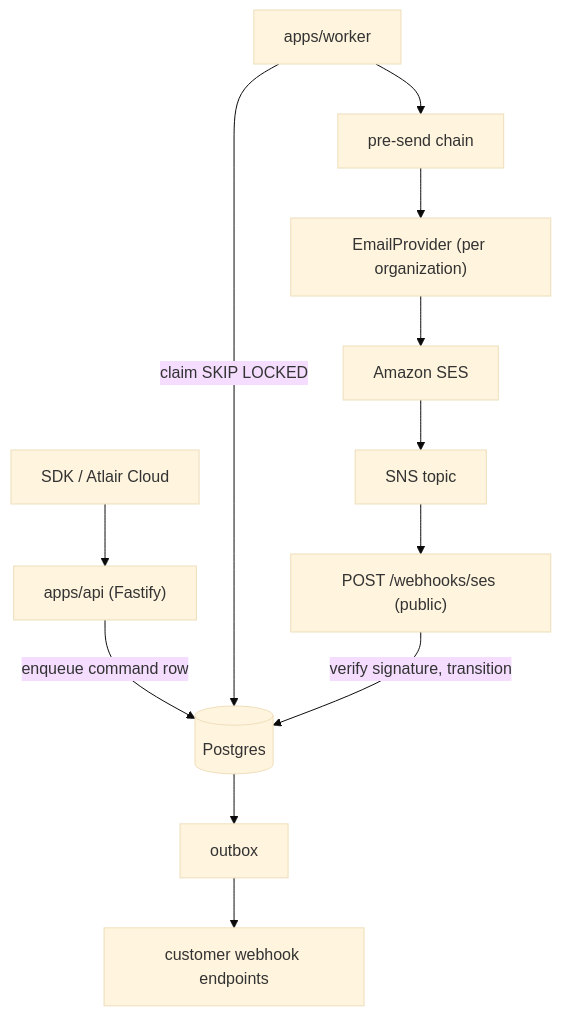
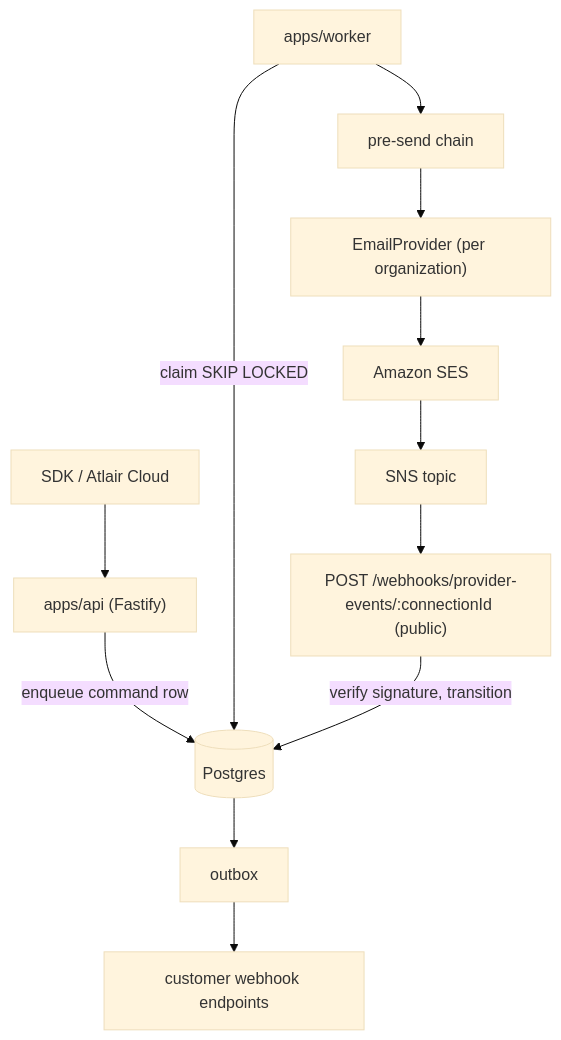
The first of 2 diagrams in docs/architecture.md (atlair-cloud/atlair-mail), drawn with Mermaid (base theme) before and after one commit. The commit also changed other lines of this file and 5 other files, not shown here.

Commit message:
docs: provider events setup, security, IAM and PUBLIC_URL (ATL-85)

````diff
--- a/docs/architecture.md
+++ b/docs/architecture.md
@@ -12,11 +12,11 @@
 ```mermaid
 flowchart TB
     SDK["SDK / Atlair Cloud"] --> Api["apps/api (Fastify)"]
     Api -->|enqueue command row| Pg[("Postgres")]
     Worker["apps/worker"] -->|claim SKIP LOCKED| Pg
     Worker --> Chain["pre-send chain"] --> Prov["EmailProvider (per organization)"] --> Ses["Amazon SES"]
     Ses --> Sns["SNS topic"]
-    Sns --> Hook["POST /webhooks/ses (public)"]
+    Sns --> Hook["POST /webhooks/provider-events/:connectionId (public)"]
     Hook -->|verify signature, transition| Pg
     Pg --> Out["outbox"] --> Cust["customer webhook endpoints"]
 ```
````
